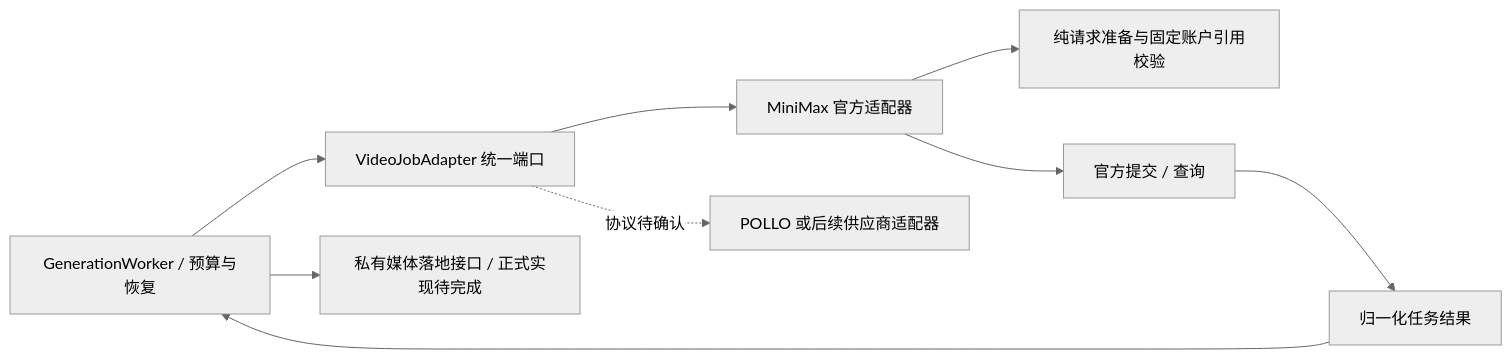
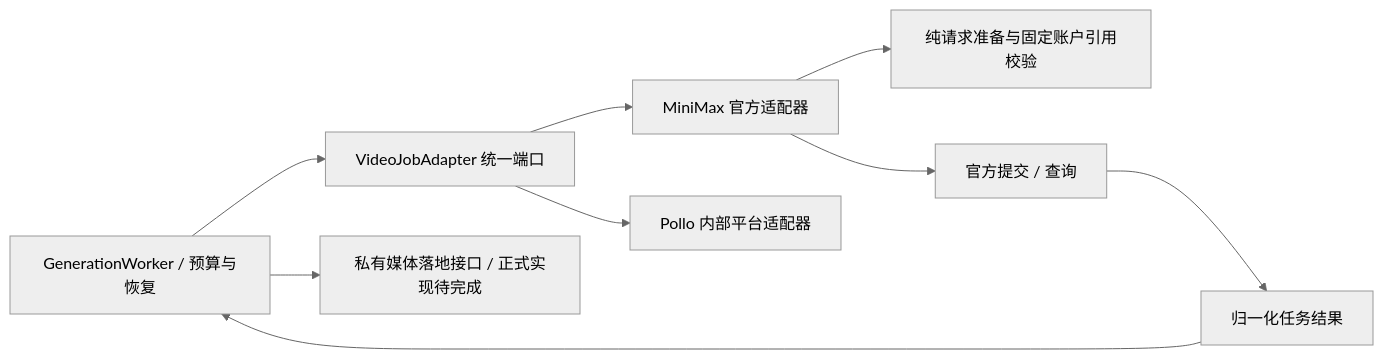
The fourth of 4 diagrams in docs/api/GENERATION-RUNTIME-V1.md (LordFoxFairy/everwoven), drawn with Mermaid (neutral theme) before and after one commit. The commit also changed other lines of this file and 18 other files, not shown here.

````diff
--- a/docs/api/GENERATION-RUNTIME-V1.md
+++ b/docs/api/GENERATION-RUNTIME-V1.md
@@ -122,11 +122,11 @@
 ```mermaid
 flowchart LR
     W[GenerationWorker / 预算与恢复] --> P[VideoJobAdapter 统一端口]
     P --> M[MiniMax 官方适配器]
-    P -.协议待确认.-> N[POLLO 或后续供应商适配器]
+    P --> N[Pollo 内部平台适配器]
     M --> R[纯请求准备与固定账户引用校验]
     M --> H[官方提交 / 查询]
     H --> O[归一化任务结果]
     O --> W
     W --> D[私有媒体落地接口 / 正式实现待完成]
 ```
````
